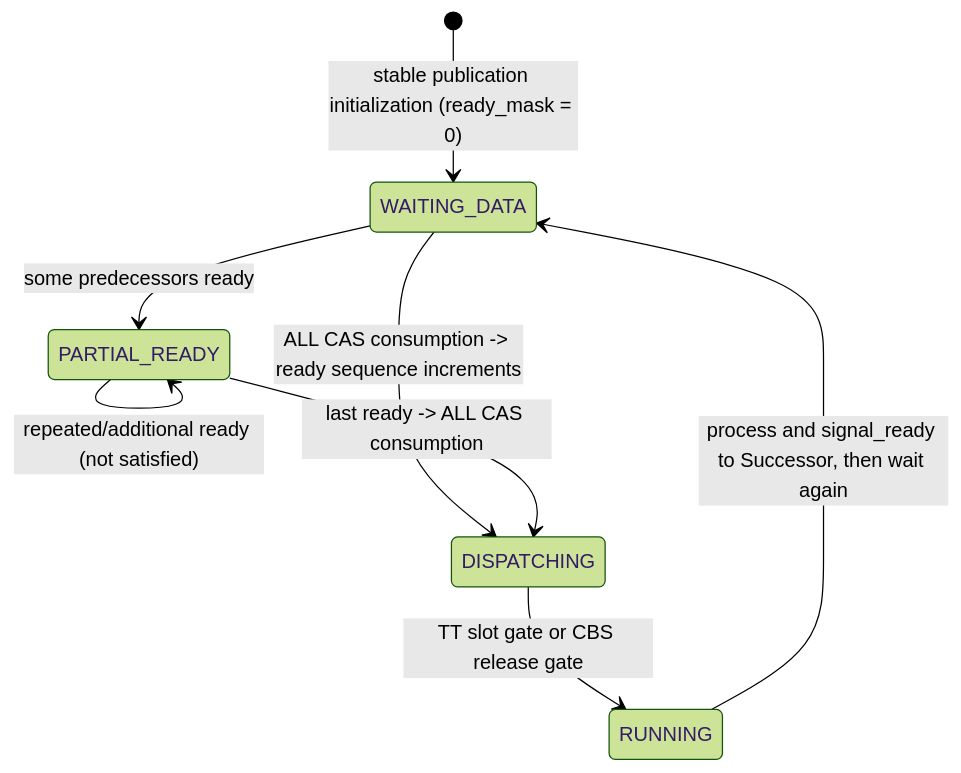
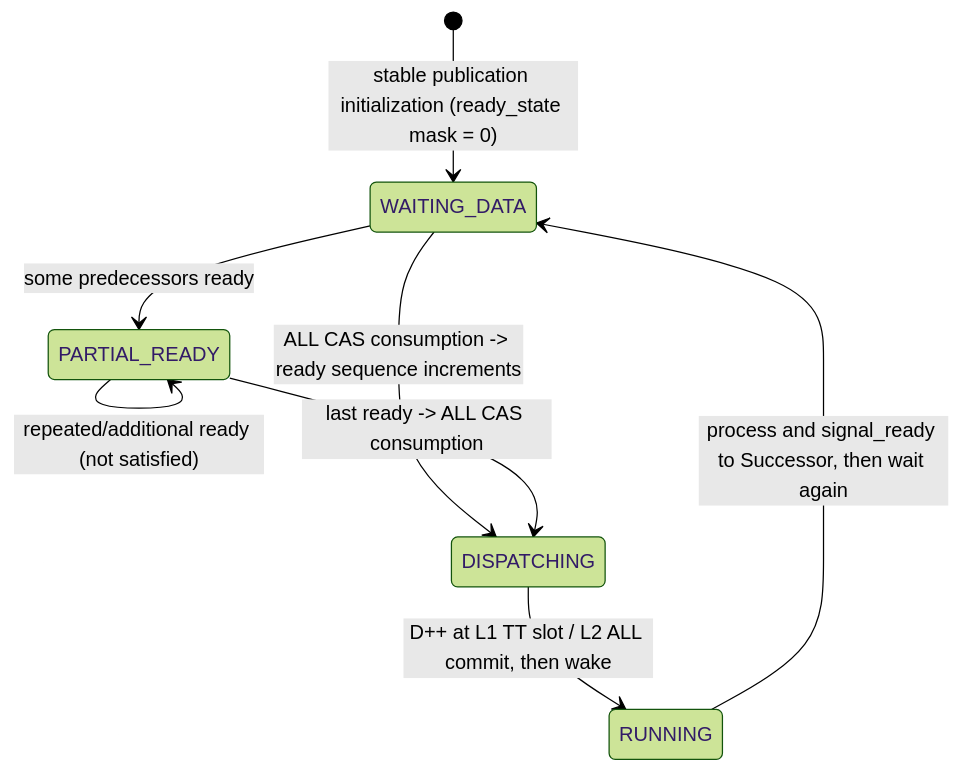
Before and after one commit to eclipse-timpani/timpani26: the second of 4 diagrams in doc/design/HLD-009-data-driven-workload.md, drawn with Mermaid (forest theme). The commit also changed other lines of this file and 9 other files, not shown here.

````diff
--- a/doc/design/HLD-009-data-driven-workload.md
+++ b/doc/design/HLD-009-data-driven-workload.md
@@ -84,13 +86,13 @@
 ```mermaid
 stateDiagram-v2
-    [*] --> WAITING_DATA: stable publication initialization (ready_mask = 0)
+    [*] --> WAITING_DATA: stable publication initialization (ready_state mask = 0)
 
     WAITING_DATA --> PARTIAL_READY: some predecessors ready
     PARTIAL_READY --> PARTIAL_READY: repeated/additional ready (not satisfied)
 
     WAITING_DATA --> DISPATCHING: ALL CAS consumption -> ready sequence increments
     PARTIAL_READY --> DISPATCHING: last ready -> ALL CAS consumption
 
-    DISPATCHING --> RUNNING: TT slot gate or CBS release gate
+    DISPATCHING --> RUNNING: D++ at L1 TT slot / L2 ALL commit, then wake
     RUNNING --> WAITING_DATA: process and signal_ready to Successor, then wait again
 ```
````
